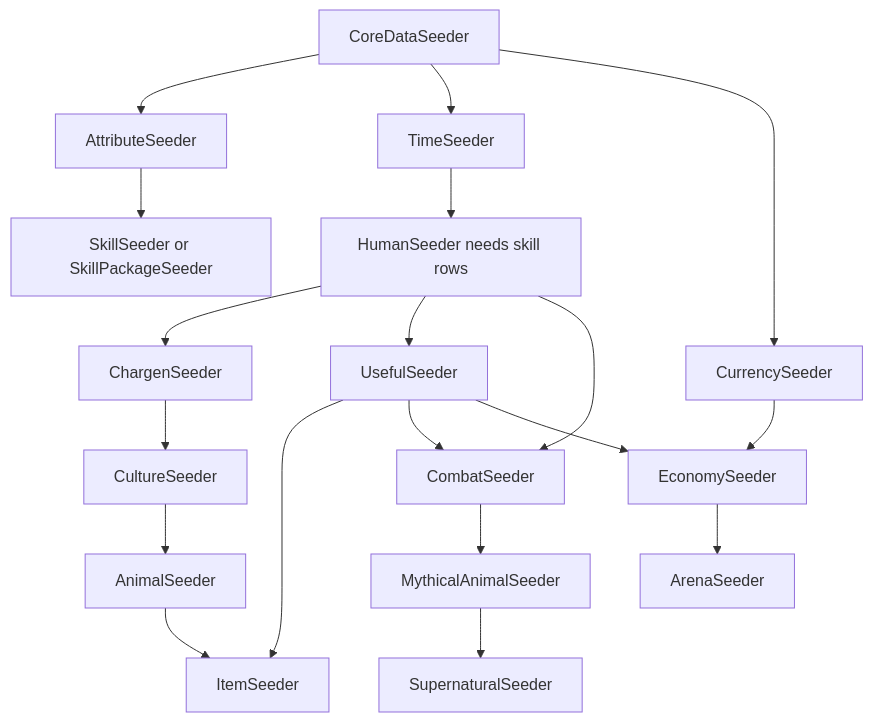
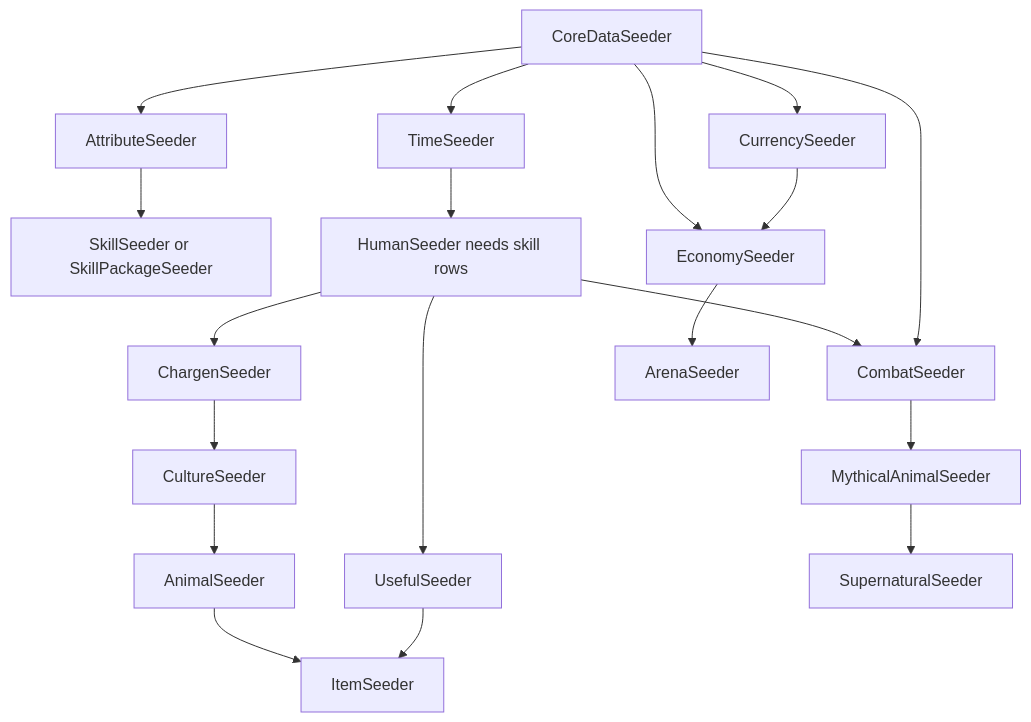
The diagram in Design Documents/Seeding/Seeders/Dependency_Map.md (FutureMUD/FutureMUD), drawn with Mermaid before and after one commit. The commit also changed other lines of this file and 74 other files, not shown here.

````diff
--- a/Design Documents/Seeding/Seeders/Dependency_Map.md
+++ b/Design Documents/Seeding/Seeders/Dependency_Map.md
@@ -7,21 +7,21 @@
 ```mermaid
 flowchart TD
     Core[CoreDataSeeder] --> Attributes[AttributeSeeder]
     Core --> Time[TimeSeeder]
     Core --> Currency[CurrencySeeder]
     Attributes --> Skills[SkillSeeder or SkillPackageSeeder]
     Time --> Human[HumanSeeder needs skill rows]
     Human --> Chargen[ChargenSeeder]
     Human --> Useful[UsefulSeeder]
     Chargen --> Culture[CultureSeeder]
     Culture --> Animal[AnimalSeeder]
     Useful --> Items[ItemSeeder]
     Animal --> Items
-    Useful --> Combat[CombatSeeder]
+    Core --> Combat[CombatSeeder]
     Human --> Combat
     Combat --> Mythical[MythicalAnimalSeeder]
     Mythical --> Supernatural[SupernaturalSeeder]
     Currency --> Economy[EconomySeeder]
-    Useful --> Economy
+    Core --> Economy
     Economy --> Arena[ArenaSeeder]
 ```
````
